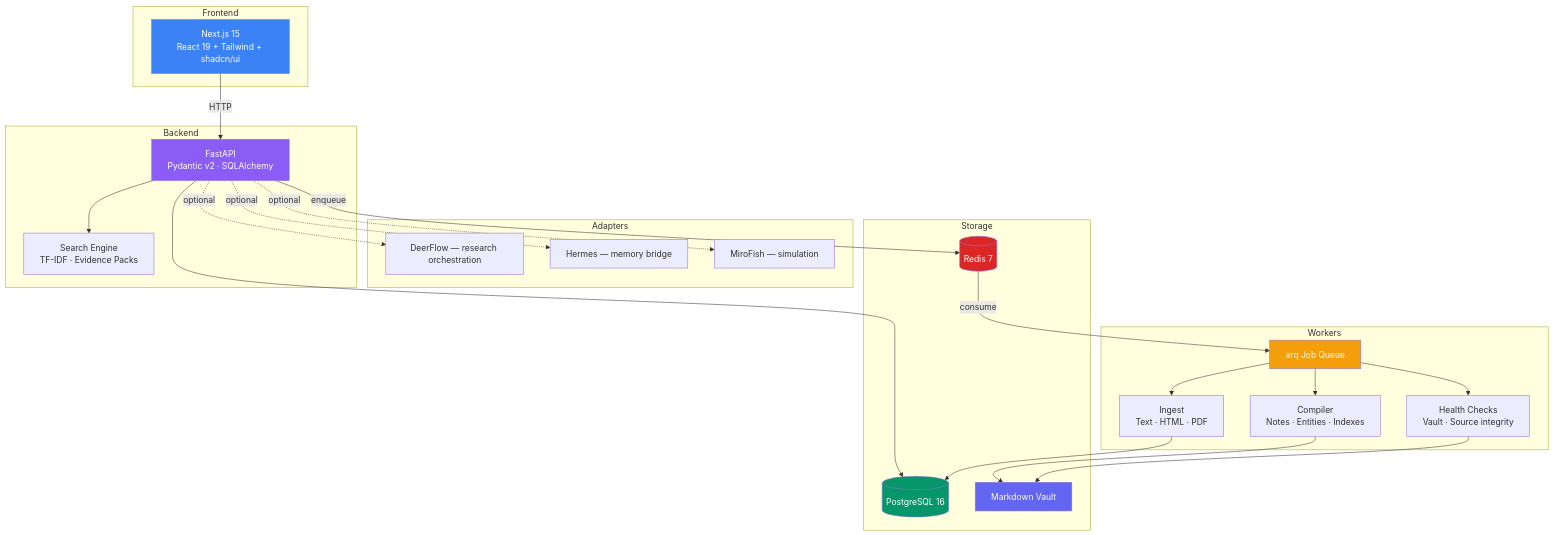
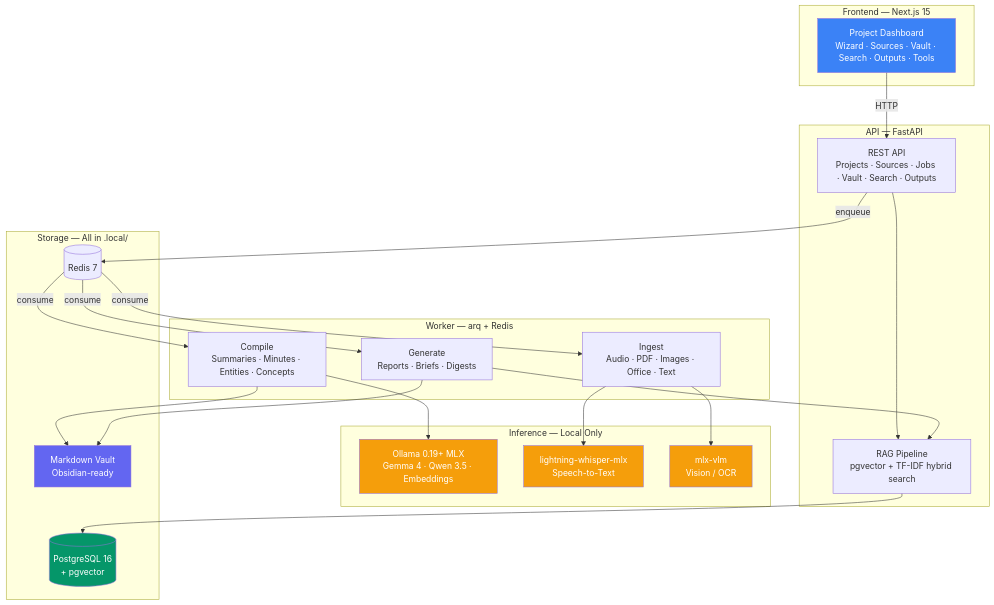
One commit to xictorlr/project-atlas changed the diagram in README.md. Above: the diagram before and after it, drawn with Mermaid. The commit also changed other lines of this file, not shown here.

First line of the commit message:
docs: rewrite README for The Consultant — edge-first knowledge compiler

````diff
--- a/README.md
+++ b/README.md
@@ -88,52 +109,50 @@
 ```mermaid
 graph TB
-    subgraph "Frontend"
-        WEB["Next.js 15<br/>React 19 + Tailwind + shadcn/ui"]
+    subgraph "Frontend — Next.js 15"
+        WEB["Project Dashboard<br/>Wizard · Sources · Vault · Search · Outputs · Tools"]
     end
 
-    subgraph "Backend"
-        API["FastAPI<br/>Pydantic v2 · SQLAlchemy"]
-        SEARCH["Search Engine<br/>TF-IDF · Evidence Packs"]
+    subgraph "API — FastAPI"
+        API["REST API<br/>Projects · Sources · Jobs · Vault · Search · Outputs"]
+        RAG["RAG Pipeline<br/>pgvector + TF-IDF hybrid search"]
     end
 
-    subgraph "Workers"
-        WORKER["arq Job Queue"]
-        INGEST["Ingest<br/>Text · HTML · PDF"]
-        COMPILER["Compiler<br/>Notes · Entities · Indexes"]
-        HEALTH["Health Checks<br/>Vault · Source integrity"]
+    subgraph "Worker — arq + Redis"
+        INGEST["Ingest<br/>Audio · PDF · Images · Office · Text"]
+        COMPILE["Compile<br/>Summaries · Minutes · Entities · Concepts"]
+        GENERATE["Generate<br/>Reports · Briefs · Digests"]
     end
 
-    subgraph "Adapters"
-        DF["DeerFlow — research orchestration"]
-        HM["Hermes — memory bridge"]
-        MF["MiroFish — simulation"]
+    subgraph "Inference — Local Only"
+        OLLAMA["Ollama 0.19+ MLX<br/>Gemma 4 · Qwen 3.5 · Embeddings"]
+        WHISPER["lightning-whisper-mlx<br/>Speech-to-Text"]
+        VLM["mlx-vlm<br/>Vision / OCR"]
     end
 
-    subgraph "Storage"
-        PG[("PostgreSQL 16")]
+    subgraph "Storage — All in .local/"
+        PG[("PostgreSQL 16<br/>+ pgvector")]
         REDIS[("Redis 7")]
-        VAULT["Markdown Vault"]
+        VAULT["Markdown Vault<br/>Obsidian-ready"]
     end
 
     WEB -->|HTTP| API
-    API --> SEARCH
+    API --> RAG
     API -->|enqueue| REDIS
-    API --> PG
-    REDIS -->|consume| WORKER
-    WORKER --> INGEST
-    WORKER --> COMPILER
-    WORKER --> HEALTH
-    INGEST --> PG
-    COMPILER --> VAULT
-    API -.->|optional| DF
-    API -.->|optional| HM
-    API -.->|optional| MF
-    HEALTH --> VAULT
+    REDIS -->|consume| INGEST
+    REDIS -->|consume| COMPILE
+    REDIS -->|consume| GENERATE
+    INGEST --> WHISPER
+    INGEST --> VLM
+    COMPILE --> OLLAMA
+    GENERATE --> RAG
+    RAG --> PG
+    COMPILE --> VAULT
+    GENERATE --> VAULT
 
     style WEB fill:#3b82f6,color:#fff
-    style API fill:#8b5cf6,color:#fff
-    style WORKER fill:#f59e0b,color:#fff
+    style OLLAMA fill:#f59e0b,color:#fff
+    style WHISPER fill:#f59e0b,color:#fff
+    style VLM fill:#f59e0b,color:#fff
+    style VAULT fill:#6366f1,color:#fff
     style PG fill:#059669,color:#fff
-    style REDIS fill:#dc2626,color:#fff
-    style VAULT fill:#6366f1,color:#fff
 ```
````
